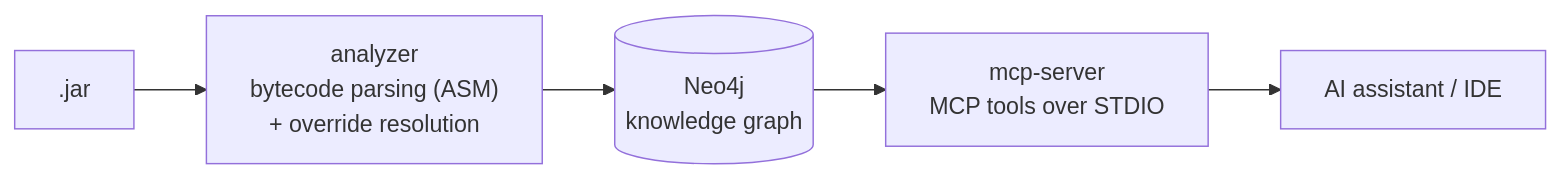
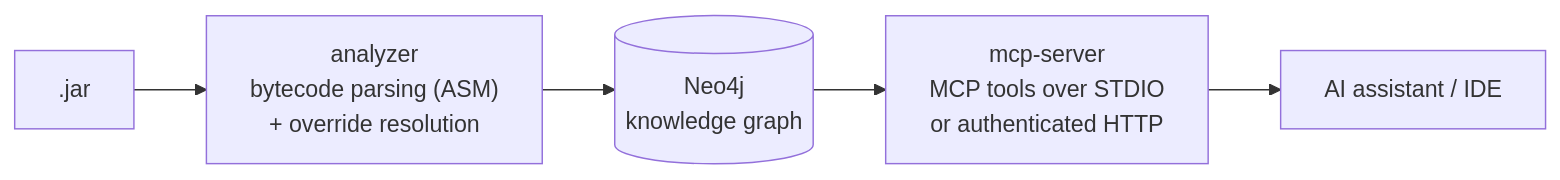
Before and after one commit to andcelentan/jar-graph-mcp: the diagram in README.md, drawn with Mermaid. The commit also changed other lines of this file and 1 other file, not shown here.

First line of the commit message:
docs: document the HTTP profile and its OAuth 2.1 security

````diff
--- a/README.md
+++ b/README.md
@@ -25,7 +25,7 @@
 ```mermaid
 flowchart LR
     JAR[".jar"] --> A["analyzer<br/>bytecode parsing (ASM)<br/>+ override resolution"]
     A --> N[("Neo4j<br/>knowledge graph")]
-    N --> M["mcp-server<br/>MCP tools over STDIO"]
+    N --> M["mcp-server<br/>MCP tools over STDIO<br/>or authenticated HTTP"]
     M --> AI["AI assistant / IDE"]
 ```
````
